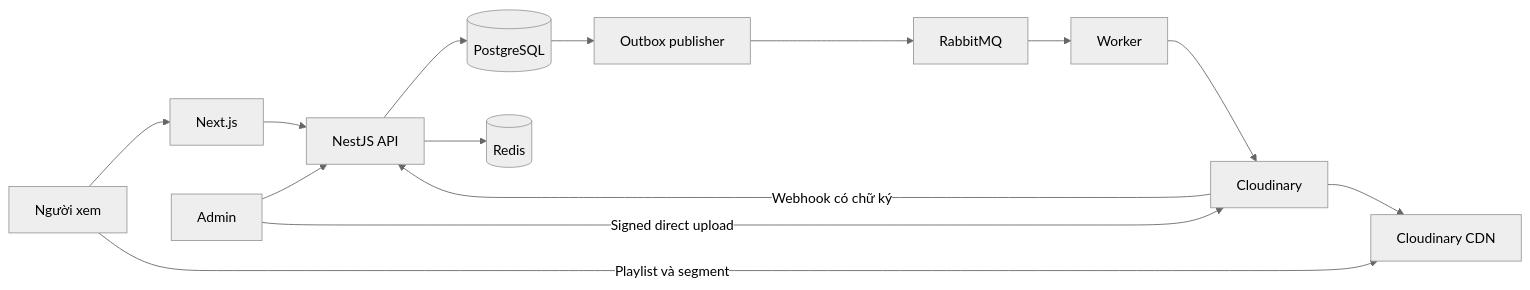
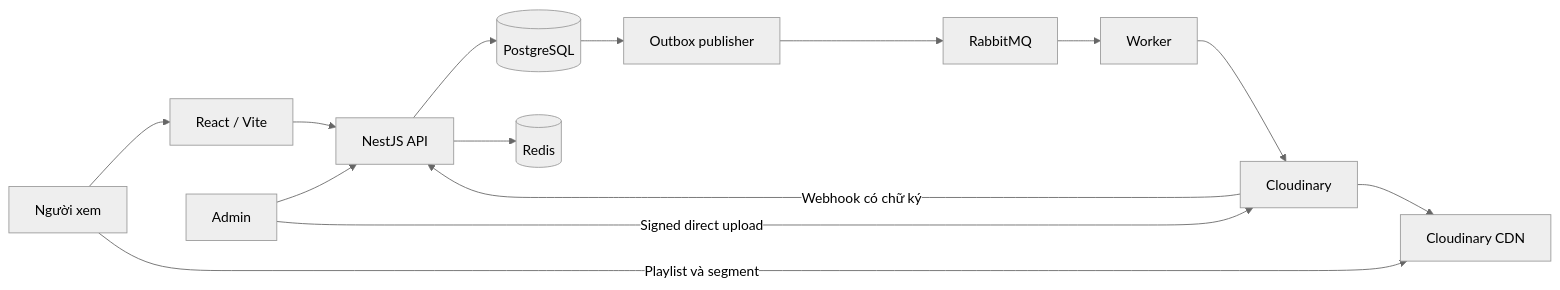
One commit to dinhtung2722005/project_flim changed the first of 2 diagrams in docs/plans/movie-streaming-platform-plan.md. Above: the diagram before and after it, drawn with Mermaid (neutral theme). The commit also changed other lines of this file and 77 other files, not shown here.

````diff
--- a/docs/plans/movie-streaming-platform-plan.md
+++ b/docs/plans/movie-streaming-platform-plan.md
@@ -79,16 +110,16 @@
 ```mermaid
 flowchart LR
-    U[Người xem] --> FE[Next.js]
+    U[Người xem] --> FE[React / Vite]
     FE --> API[NestJS API]
     A[Admin] --> API
     A -->|Signed direct upload| CL[Cloudinary]
     API --> PG[(PostgreSQL)]
     API --> R[(Redis)]
     PG --> O[Outbox publisher]
     O --> MQ[RabbitMQ]
     MQ --> W[Worker]
     W --> CL
     CL -->|Webhook có chữ ký| API
     U -->|Playlist và segment| CDN[Cloudinary CDN]
     CL --> CDN
 ```
````
